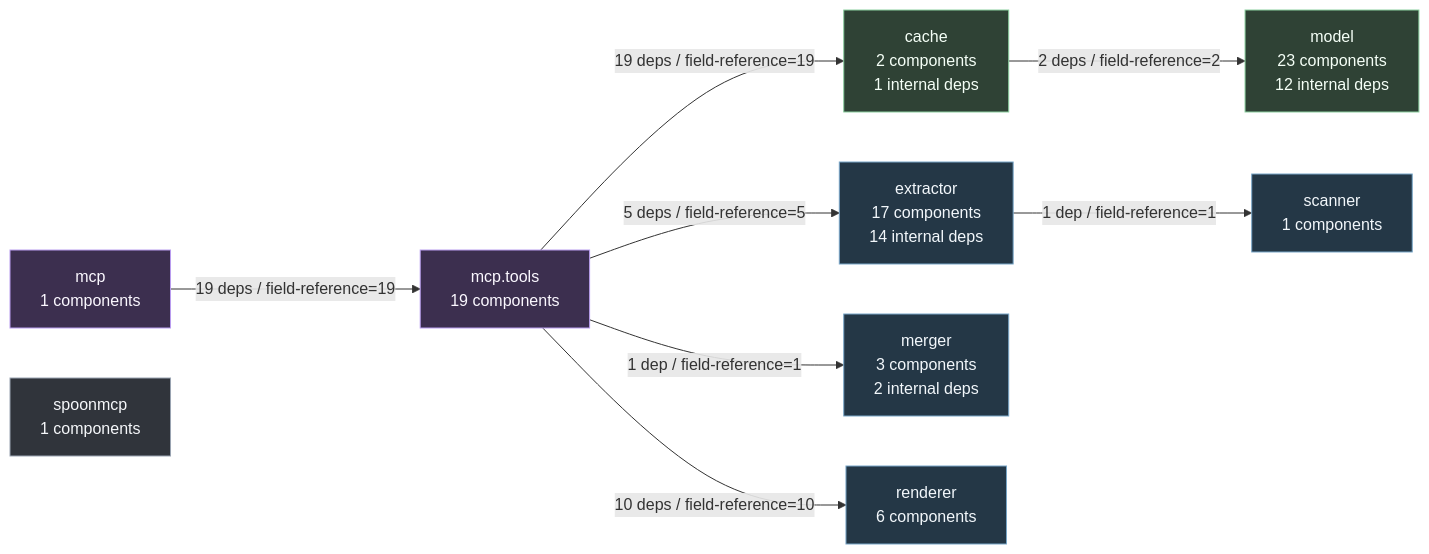
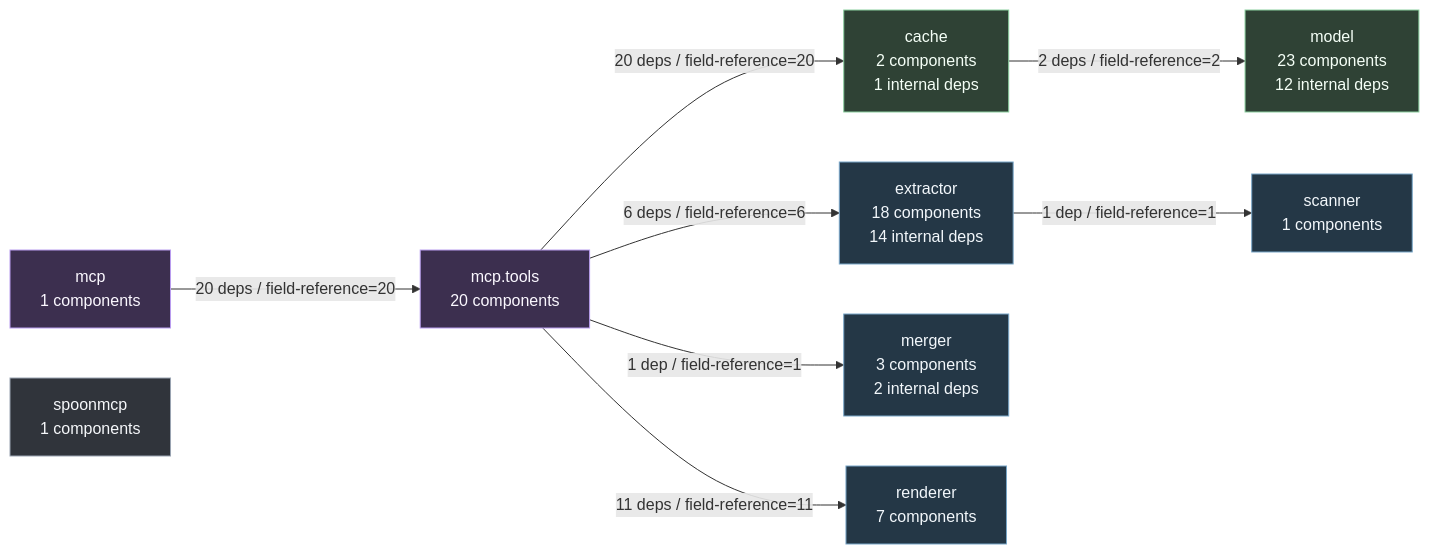
The fifth of 5 diagrams in docs/ARCHITECTURE.md (DerPate/archlens), drawn with Mermaid before and after one commit. The commit also changed other lines of this file and 12 other files, not shown here.

````diff
--- a/docs/ARCHITECTURE.md
+++ b/docs/ARCHITECTURE.md
@@ -584,32 +608,32 @@
 ```mermaid
 flowchart LR
     dep_cache["cache\n2 components\n1 internal deps"]
-    dep_extractor["extractor\n17 components\n14 internal deps"]
+    dep_extractor["extractor\n18 components\n14 internal deps"]
     dep_mcp["mcp\n1 components"]
-    dep_mcp_tools["mcp.tools\n19 components"]
+    dep_mcp_tools["mcp.tools\n20 components"]
     dep_merger["merger\n3 components\n2 internal deps"]
     dep_model["model\n23 components\n12 internal deps"]
-    dep_renderer["renderer\n6 components"]
+    dep_renderer["renderer\n7 components"]
     dep_scanner["scanner\n1 components"]
     dep_spoonmcp["spoonmcp\n1 components"]
     dep_cache -->|2 deps / field-reference=2| dep_model
     dep_extractor -->|1 dep / field-reference=1| dep_scanner
-    dep_mcp -->|19 deps / field-reference=19| dep_mcp_tools
-    dep_mcp_tools -->|19 deps / field-reference=19| dep_cache
-    dep_mcp_tools -->|5 deps / field-reference=5| dep_extractor
+    dep_mcp -->|20 deps / field-reference=20| dep_mcp_tools
+    dep_mcp_tools -->|20 deps / field-reference=20| dep_cache
+    dep_mcp_tools -->|6 deps / field-reference=6| dep_extractor
     dep_mcp_tools -->|1 dep / field-reference=1| dep_merger
-    dep_mcp_tools -->|10 deps / field-reference=10| dep_renderer
+    dep_mcp_tools -->|11 deps / field-reference=11| dep_renderer
     classDef core fill:#243746,stroke:#78a6c8,color:#f2f7fb
     classDef boundary fill:#3c2f4f,stroke:#b99df0,color:#fbf8ff
     classDef data fill:#2f4235,stroke:#8bcf9f,color:#f5fff7
     classDef default fill:#30343b,stroke:#9aa4b2,color:#f5f7fa
     class dep_cache data
     class dep_extractor core
     class dep_mcp boundary
     class dep_mcp_tools boundary
     class dep_merger core
     class dep_model data
     class dep_renderer core
     class dep_scanner core
     class dep_spoonmcp default
 ```
````
